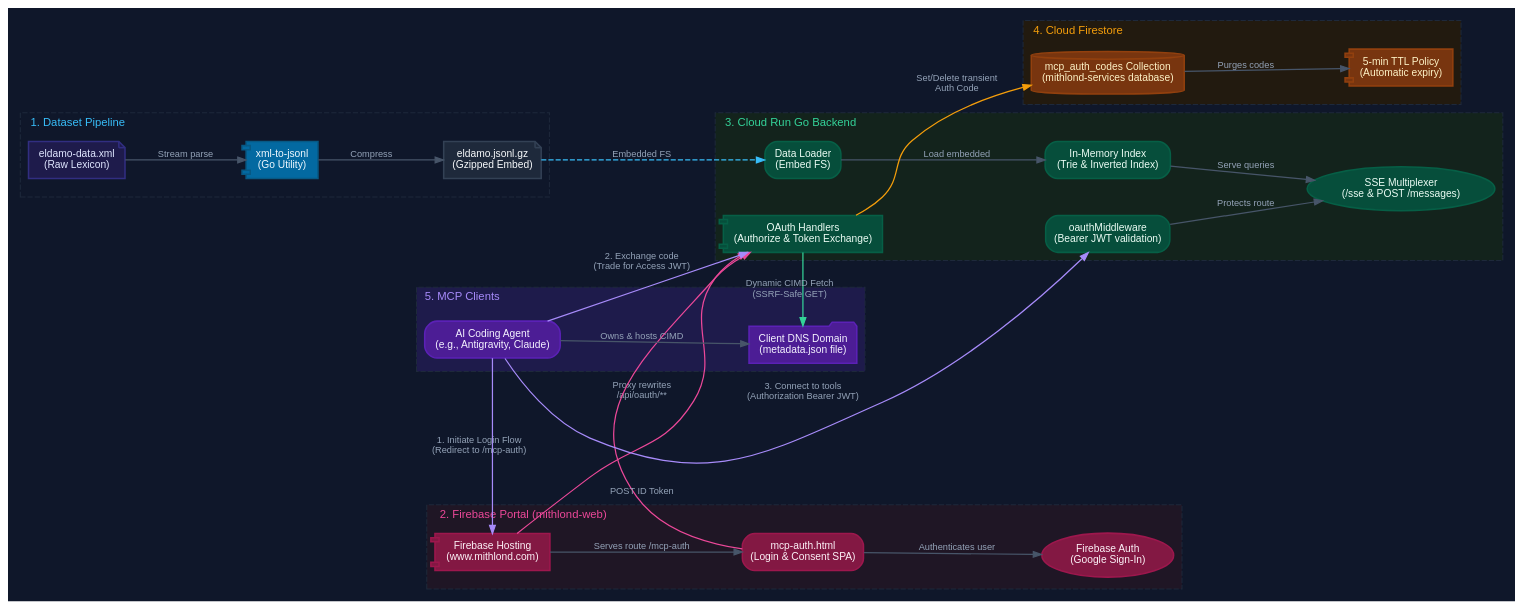
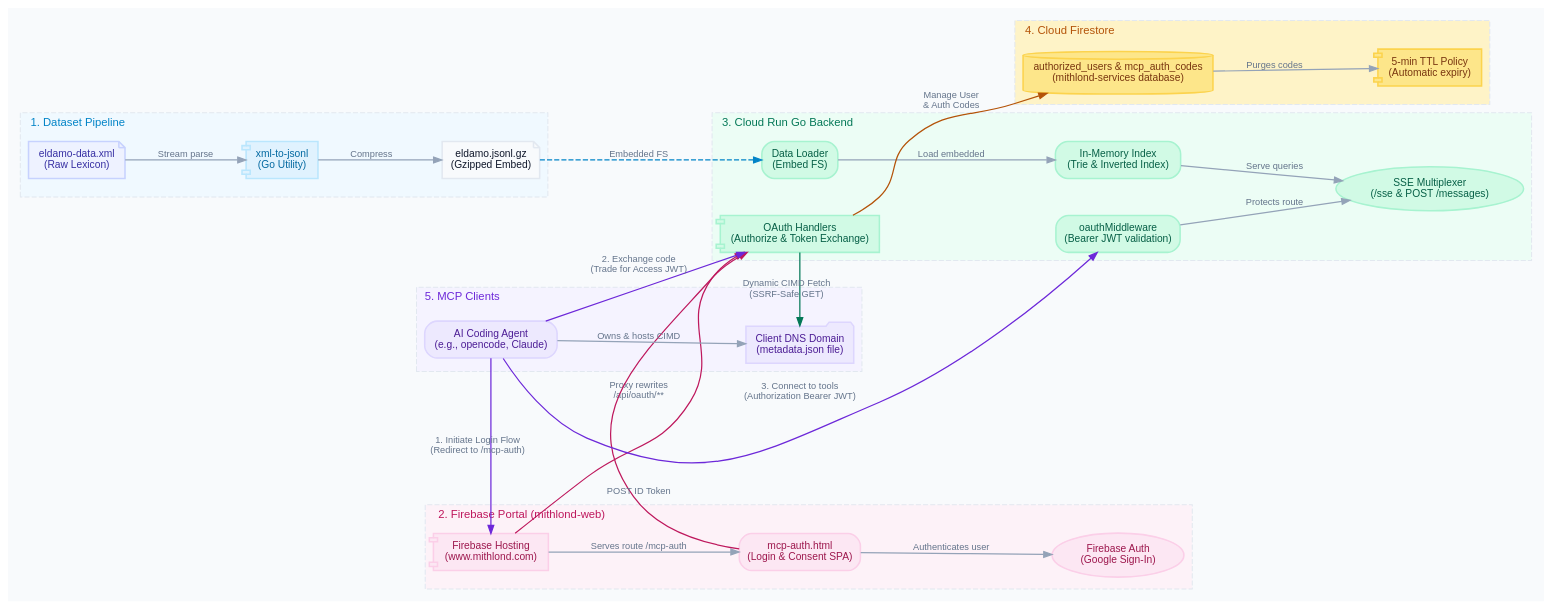
The diagram in docs/architecture.dot (ghchinoy/eldamoapi), drawn with Graphviz before and after one commit. The commit also changed 1 other file, not shown here.

Commit message:
docs: modernize architecture dot diagram with light mode palette and compile webp

```diff
--- a/docs/architecture.dot
+++ b/docs/architecture.dot
@@ -1,126 +1,126 @@
 digraph G {
     fontname="Outfit,sans-serif";
     fontsize=12;
     rankdir=LR;
     nodesep=0.5;
     ranksep=0.8;
-    bgcolor="#0F172A"; // Sleek Slate 900 dark background
+    bgcolor="#F8FAFC"; // Sleek Light Mode Slate 50 background
     splines=true;
     overlap=false;
 
     // Default styles
     node [
         fontname="Outfit,sans-serif";
         fontsize=10;
         shape=box;
         style="filled,rounded";
-        fillcolor="#1E293B"; // Slate 800
-        fontcolor="#F8FAFC"; // Slate 50
-        color="#334155"; // Slate 700
+        fillcolor="#FFFFFF"; // White nodes
+        fontcolor="#0F172A"; // Slate 900
+        color="#CBD5E1"; // Slate 300 border
         penwidth=1.5;
     ];
 
     edge [
         fontname="Outfit,sans-serif";
         fontsize=9;
-        fontcolor="#94A3B8"; // Slate 400
-        color="#475569"; // Slate 600
+        fontcolor="#64748B"; // Slate 500
+        color="#94A3B8"; // Slate 400
         arrowsize=0.8;
         penwidth=1.2;
     ];
 
     // Clusters / Sections
     subgraph cluster_prep {
         label="1. Dataset Pipeline";
         labeljust="l";
-        fontcolor="#38BDF8"; // Sky 400
+        fontcolor="#0284C7"; // Sky 700
         fontsize=11;
-        color="#1E293B";
+        color="#E2E8F0"; // Slate 200
         style="filled,dashed";
-        fillcolor="#0F172A";
+        fillcolor="#F0F9FF"; // Sky 50
 
-        xml_source [label="eldamo-data.xml\n(Raw Lexicon)", shape=note, fillcolor="#1E1B4B", color="#312E81", fontcolor="#E0E7FF"];
-        parse_tool [label="xml-to-jsonl\n(Go Utility)", shape=component, fillcolor="#0369A1", color="#075985", fontcolor="#F0F9FF"];
-        jsonl_out [label="eldamo.jsonl.gz\n(Gzipped Embed)", shape=note, fillcolor="#1E293B", color="#334155", fontcolor="#F8FAFC"];
+        xml_source [label="eldamo-data.xml\n(Raw Lexicon)", shape=note, fillcolor="#EEF2FF", color="#C7D2FE", fontcolor="#3730A3"];
+        parse_tool [label="xml-to-jsonl\n(Go Utility)", shape=component, fillcolor="#E0F2FE", color="#BAE6FD", fontcolor="#0369A1"];
+        jsonl_out [label="eldamo.jsonl.gz\n(Gzipped Embed)", shape=note, fillcolor="#F8FAFC", color="#E2E8F0", fontcolor="#0F172A"];
 
         xml_source -> parse_tool [label=" Stream parse"];
         parse_tool -> jsonl_out [label=" Compress"];
     }
 
     subgraph cluster_frontend {
         label="2. Firebase Portal (mithlond-web)";
         labeljust="l";
-        fontcolor="#EC4899"; // Pink 500
+        fontcolor="#BE185D"; // Pink 700
         fontsize=11;
-        color="#1E293B";
+        color="#E2E8F0";
         style="filled,dashed";
-        fillcolor="#1F1625";
+        fillcolor="#FDF2F8"; // Pink 50
 
-        fb_hosting [label="Firebase Hosting\n(www.mithlond.com)", shape=component, fillcolor="#831843", color="#9D174D", fontcolor="#FDF2F8"];
-        auth_spa [label="mcp-auth.html\n(Login & Consent SPA)", shape=window, fillcolor="#831843", color="#9D174D", fontcolor="#FDF2F8"];
-        firebase_auth [label="Firebase Auth\n(Google Sign-In)", shape=ellipse, fillcolor="#831843", color="#9D174D", fontcolor="#FDF2F8"];
+        fb_hosting [label="Firebase Hosting\n(www.mithlond.com)", shape=component, fillcolor="#FCE7F3", color="#FBCFE8", fontcolor="#9D174D"];
+        auth_spa [label="mcp-auth.html\n(Login & Consent SPA)", shape=window, fillcolor="#FCE7F3", color="#FBCFE8", fontcolor="#9D174D"];
+        firebase_auth [label="Firebase Auth\n(Google Sign-In)", shape=ellipse, fillcolor="#FCE7F3", color="#FBCFE8", fontcolor="#9D174D"];
 
         fb_hosting -> auth_spa [label=" Serves route /mcp-auth"];
         auth_spa -> firebase_auth [label=" Authenticates user"];
     }
 
     subgraph cluster_mcp_server {
         label="3. Cloud Run Go Backend";
         labeljust="l";
-        fontcolor="#34D399"; // Emerald 400
+        fontcolor="#047857"; // Emerald 700
         fontsize=11;
-        color="#1E293B";
+        color="#E2E8F0";
         style="filled,dashed";
-        fillcolor="#13231C";
+        fillcolor="#ECFDF5"; // Emerald 50
 
-        loader [label="Data Loader\n(Embed FS)", shape=box, fillcolor="#064E3B", color="#065F46", fontcolor="#ECFDF5"];
-        index [label="In-Memory Index\n(Trie & Inverted Index)", shape=box, fillcolor="#064E3B", color="#065F46", fontcolor="#ECFDF5"];
-        oauth_handlers [label="OAuth Handlers\n(Authorize & Token Exchange)", shape=component, fillcolor="#064E3B", color="#065F46", fontcolor="#ECFDF5"];
-        auth_middleware [label="oauthMiddleware\n(Bearer JWT validation)", shape=shield, fillcolor="#064E3B", color="#065F46", fontcolor="#ECFDF5"];
-        sse_server [label="SSE Multiplexer\n(/sse & POST /messages)", shape=ellipse, fillcolor="#064E3B", color="#065F46", fontcolor="#ECFDF5"];
+        loader [label="Data Loader\n(Embed FS)", shape=box, fillcolor="#D1FAE5", color="#A7F3D0", fontcolor="#065F46"];
+        index [label="In-Memory Index\n(Trie & Inverted Index)", shape=box, fillcolor="#D1FAE5", color="#A7F3D0", fontcolor="#065F46"];
+        oauth_handlers [label="OAuth Handlers\n(Authorize & Token Exchange)", shape=component, fillcolor="#D1FAE5", color="#A7F3D0", fontcolor="#065F46"];
+        auth_middleware [label="oauthMiddleware\n(Bearer JWT validation)", shape=shield, fillcolor="#D1FAE5", color="#A7F3D0", fontcolor="#065F46"];
+        sse_server [label="SSE Multiplexer\n(/sse & POST /messages)", shape=ellipse, fillcolor="#D1FAE5", color="#A7F3D0", fontcolor="#065F46"];
 
         loader -> index [label=" Load embedded"];
         index -> sse_server [label=" Serve queries"];
         auth_middleware -> sse_server [label=" Protects route"];
     }
 
     subgraph cluster_storage {
         label="4. Cloud Firestore";
         labeljust="l";
-        fontcolor="#F59E0B"; // Amber 500
+        fontcolor="#B45309"; // Amber 700
         fontsize=11;
-        color="#1E293B";
+        color="#E2E8F0";
         style="filled,dashed";
-        fillcolor="#221A0F";
+        fillcolor="#FEF3C7"; // Amber 50
 
-        firestore_db [label="mcp_auth_codes Collection\n(mithlond-services database)", shape=cylinder, fillcolor="#78350F", color="#92400E", fontcolor="#FEF3C7"];
-        ttl_policy [label="5-min TTL Policy\n(Automatic expiry)", shape=component, fillcolor="#78350F", color="#92400E", fontcolor="#FEF3C7"];
+        firestore_db [label="authorized_users & mcp_auth_codes\n(mithlond-services database)", shape=cylinder, fillcolor="#FDE68A", color="#FCD34D", fontcolor="#78350F"];
+        ttl_policy [label="5-min TTL Policy\n(Automatic expiry)", shape=component, fillcolor="#FDE68A", color="#FCD34D", fontcolor="#78350F"];
 
         firestore_db -> ttl_policy [label=" Purges codes"];
     }
 
     subgraph cluster_client {
         label="5. MCP Clients";
         labeljust="l";
-        fontcolor="#A78BFA"; // Violet 400
+        fontcolor="#6D28D9"; // Violet 700
         fontsize=11;
-        color="#1E293B";
+        color="#E2E8F0";
         style="filled,dashed";
-        fillcolor="#1E1B4B";
+        fillcolor="#F5F3FF"; // Violet 50
 
-        client_domain [label="Client DNS Domain\n(metadata.json file)", shape=folder, fillcolor="#4C1D95", color="#5B21B6", fontcolor="#F5F3FF"];
-        agent [label="AI Coding Agent\n(e.g., Antigravity, Claude)", shape=actor, fillcolor="#4C1D95", color="#5B21B6", fontcolor="#F5F3FF"];
+        client_domain [label="Client DNS Domain\n(metadata.json file)", shape=folder, fillcolor="#EDE9FE", color="#DDD6FE", fontcolor="#4C1D95"];
+        agent [label="AI Coding Agent\n(e.g., opencode, Claude)", shape=actor, fillcolor="#EDE9FE", color="#DDD6FE", fontcolor="#4C1D95"];
 
         agent -> client_domain [label=" Owns & hosts CIMD"];
     }
 
     // Connections across sections
-    jsonl_out -> loader [label=" Embedded FS", style=dashed, color="#38BDF8"];
-    fb_hosting -> oauth_handlers [label=" Proxy rewrites\n/api/oauth/**", color="#EC4899"];
-    auth_spa -> oauth_handlers [label=" POST ID Token", color="#EC4899"];
-    oauth_handlers -> firestore_db [label=" Set/Delete transient\nAuth Code", color="#F59E0B"];
-    oauth_handlers -> client_domain [label=" Dynamic CIMD Fetch\n(SSRF-Safe GET)", color="#34D399"];
-    agent -> fb_hosting [label=" 1. Initiate Login Flow\n(Redirect to /mcp-auth)", color="#A78BFA"];
-    agent -> oauth_handlers [label=" 2. Exchange code\n(Trade for Access JWT)", color="#A78BFA"];
-    agent -> auth_middleware [label=" 3. Connect to tools\n(Authorization Bearer JWT)", color="#A78BFA"];
+    jsonl_out -> loader [label=" Embedded FS", style=dashed, color="#0284C7"];
+    fb_hosting -> oauth_handlers [label=" Proxy rewrites\n/api/oauth/**", color="#BE185D"];
+    auth_spa -> oauth_handlers [label=" POST ID Token", color="#BE185D"];
+    oauth_handlers -> firestore_db [label=" Manage User\n& Auth Codes", color="#B45309"];
+    oauth_handlers -> client_domain [label=" Dynamic CIMD Fetch\n(SSRF-Safe GET)", color="#047857"];
+    agent -> fb_hosting [label=" 1. Initiate Login Flow\n(Redirect to /mcp-auth)", color="#6D28D9"];
+    agent -> oauth_handlers [label=" 2. Exchange code\n(Trade for Access JWT)", color="#6D28D9"];
+    agent -> auth_middleware [label=" 3. Connect to tools\n(Authorization Bearer JWT)", color="#6D28D9"];
 }
```
